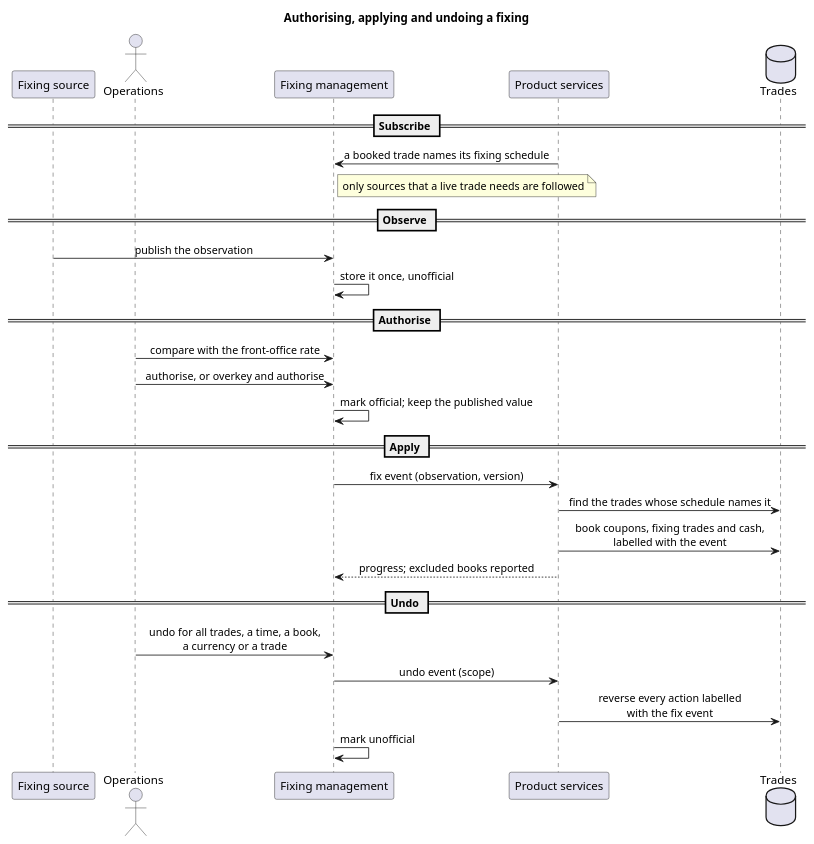
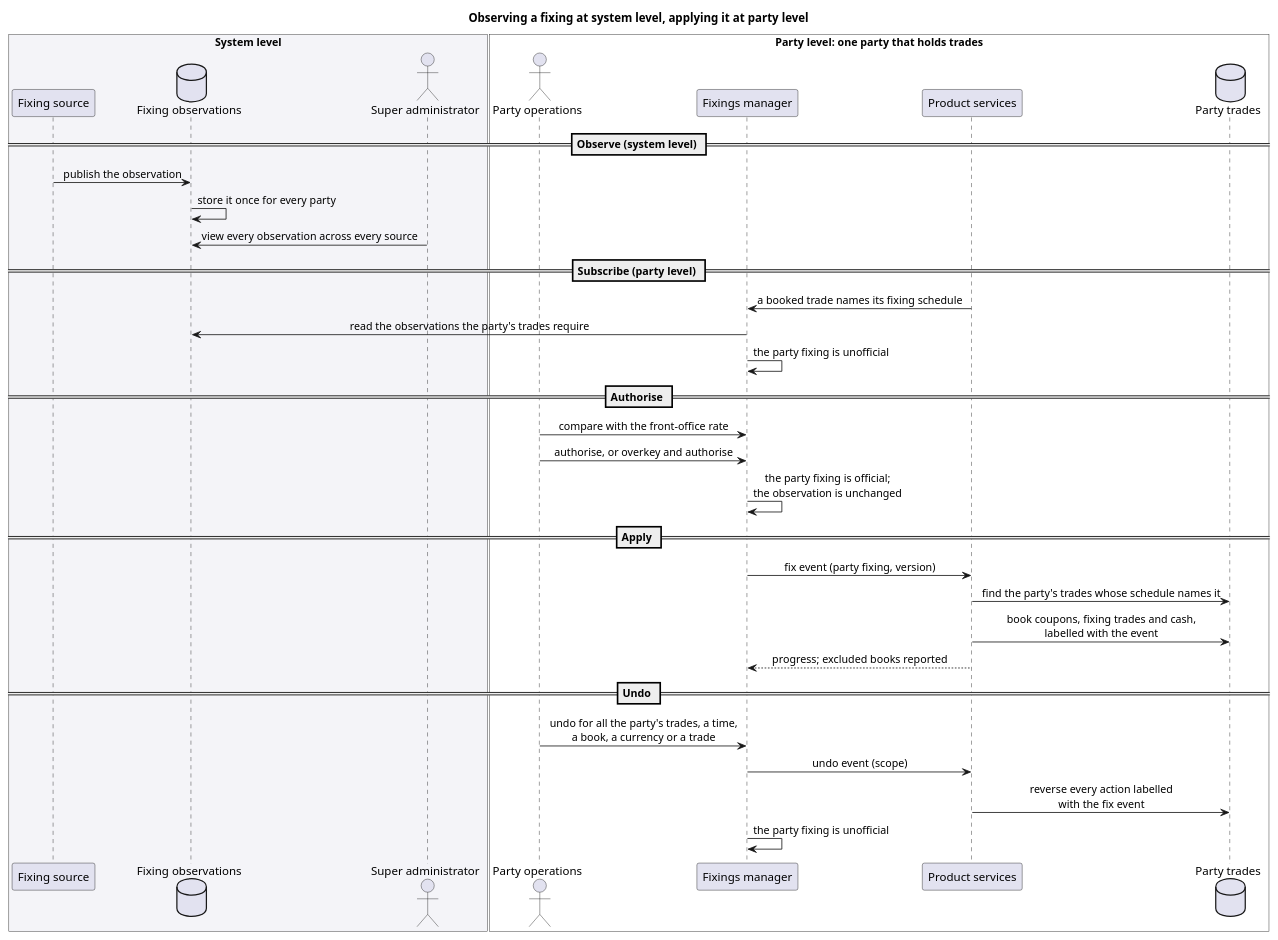
Before and after one commit to OreStudio/OreStudio: the diagram in doc/knowledge/domain/fixing_process_sequence.puml, drawn with PlantUML. The commit also changed 31 other files, not shown here.

```diff
--- a/doc/knowledge/domain/fixing_process_sequence.puml
+++ b/doc/knowledge/domain/fixing_process_sequence.puml
@@ -18,39 +18,48 @@
 @startuml
 
-title Authorising, applying and undoing a fixing
+title Observing a fixing at system level, applying it at party level
 
 skinparam sequenceMessageAlign center
 skinparam responseMessageBelowArrow true
 
+box "System level" #F4F4F8
 participant "Fixing source" as source
-actor "Operations" as ops
-participant "Fixing management" as fm
+database "Fixing observations" as store
+actor "Super administrator" as admin
+end box
+
+box "Party level: one party that holds trades" #FFFFFF
+actor "Party operations" as ops
+participant "Fixings manager" as fm
 participant "Product services" as products
-database "Trades" as trades
+database "Party trades" as trades
+end box
 
-== Subscribe ==
+== Observe (system level) ==
+source -> store : publish the observation
+store -> store : store it once for every party
+admin -> store : view every observation across every source
+
+== Subscribe (party level) ==
 products -> fm : a booked trade names its fixing schedule
-note right of fm : only sources that a live trade needs are followed
-
-== Observe ==
-source -> fm : publish the observation
-fm -> fm : store it once, unofficial
+fm -> store : read the observations the party's trades require
+fm -> fm : the party fixing is unofficial
 
 == Authorise ==
 ops -> fm : compare with the front-office rate
 ops -> fm : authorise, or overkey and authorise
-fm -> fm : mark official; keep the published value
+fm -> fm : the party fixing is official;\nthe observation is unchanged
 
 == Apply ==
-fm -> products : fix event (observation, version)
-products -> trades : find the trades whose schedule names it
+fm -> products : fix event (party fixing, version)
+products -> trades : find the party's trades whose schedule names it
 products -> trades : book coupons, fixing trades and cash,\nlabelled with the event
 products --> fm : progress; excluded books reported
 
 == Undo ==
-ops -> fm : undo for all trades, a time, a book,\na currency or a trade
+ops -> fm : undo for all the party's trades, a time,\na book, a currency or a trade
 fm -> products : undo event (scope)
 products -> trades : reverse every action labelled\nwith the fix event
-fm -> fm : mark unofficial
+fm -> fm : the party fixing is unofficial
 
 @enduml
```
